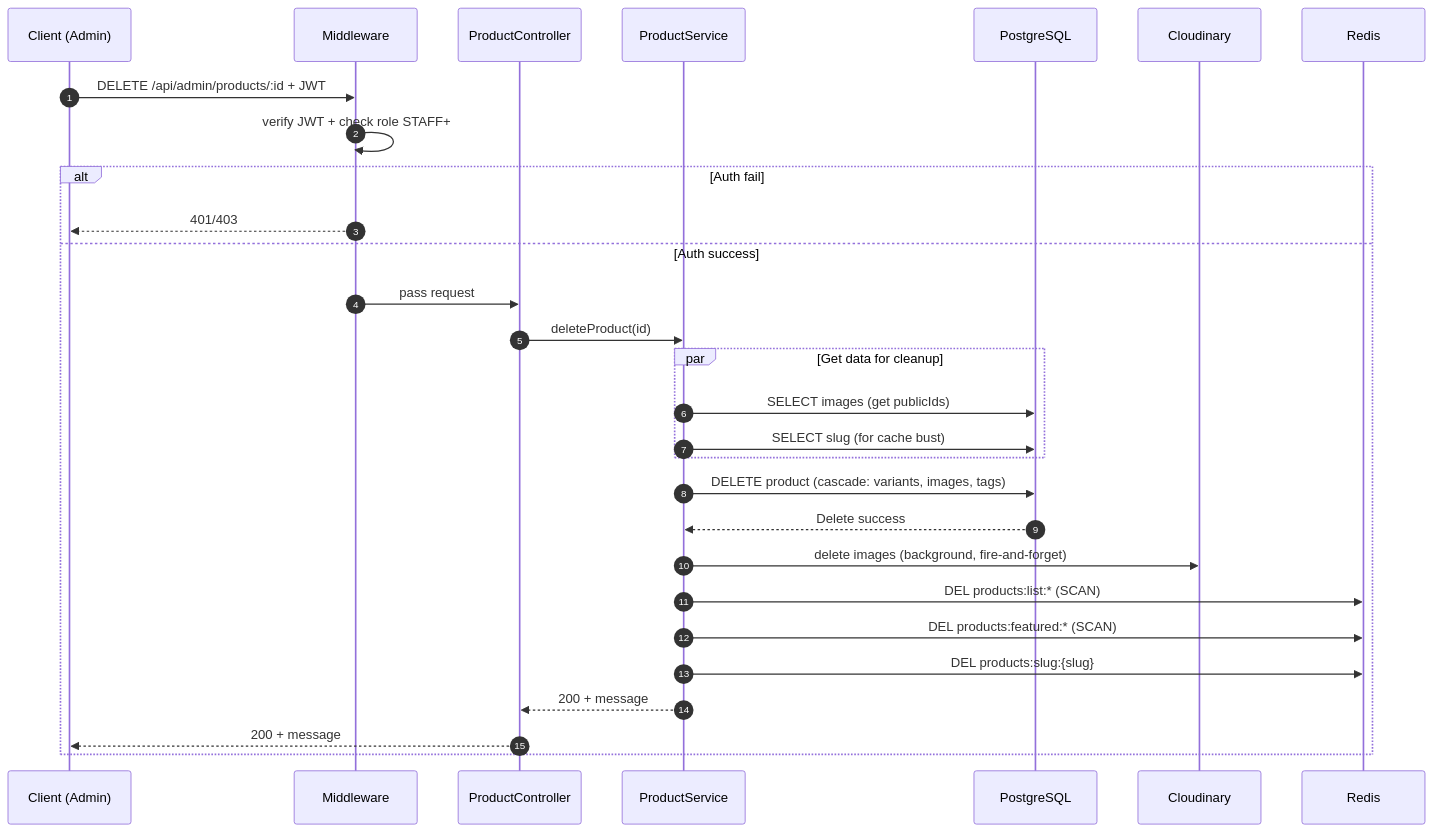
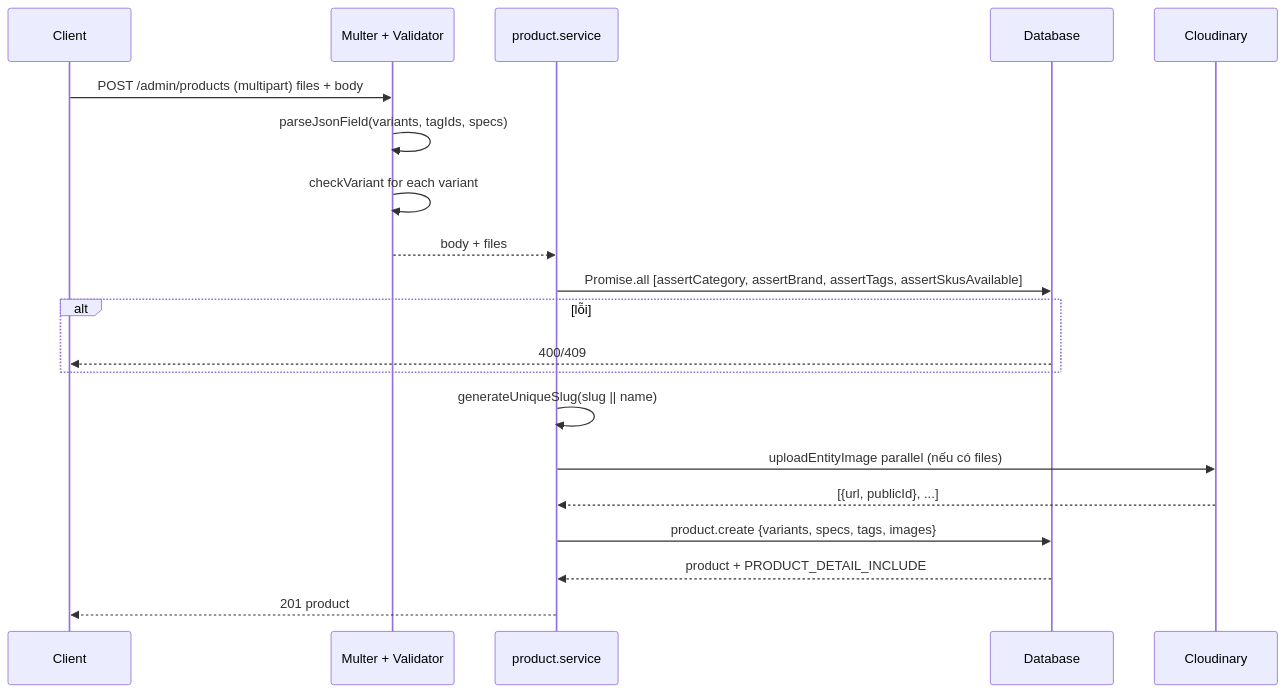
Before and after one commit to phamvinh203/mobivexa: the second of 7 diagrams in docs/Product/SequenceDiagram.md, drawn with Mermaid. The commit also changed other lines of this file and 79 other files, not shown here.

Commit message:
📜 Add documentation for Inventory and Favorite modules including Use Cases, API Specifications, and Activity Diagrams

````diff
--- a/docs/Product/SequenceDiagram.md
+++ b/docs/Product/SequenceDiagram.md
@@ -194,32 +30,24 @@
 ```mermaid
 sequenceDiagram
-    autonumber
-    participant C as Client (Admin)
-    participant M as Middleware
-    participant API as ProductController
-    participant S as ProductService
-    participant DB as PostgreSQL
-    participant CL as Cloudinary
-    participant R as Redis
+    participant C as Client
+    participant MW as Multer + Validator
+    participant S as product.service
+    participant DB as Database
+    participant CDN as Cloudinary
 
-    C->>M: DELETE /api/admin/products/:id + JWT
-    M->>M: verify JWT + check role STAFF+
-    alt Auth fail
-        M-->>C: 401/403
-    else Auth success
-        M->>API: pass request
-        API->>S: deleteProduct(id)
-        par Get data for cleanup
-            S->>DB: SELECT images (get publicIds)
-            S->>DB: SELECT slug (for cache bust)
-        end
-        S->>DB: DELETE product (cascade: variants, images, tags)
-        DB-->>S: Delete success
-        S->>CL: delete images (background, fire-and-forget)
-        S->>R: DEL products:list:* (SCAN)
-        S->>R: DEL products:featured:* (SCAN)
-        S->>R: DEL products:slug:{slug}
-        S-->>API: 200 + message
-        API-->>C: 200 + message
+    C->>MW: POST /admin/products (multipart) files + body
+    MW->>MW: parseJsonField(variants, tagIds, specs)
+    MW->>MW: checkVariant for each variant
+    MW-->>S: body + files
+
+    S->>DB: Promise.all [assertCategory, assertBrand, assertTags, assertSkusAvailable]
+    alt lỗi
+        DB-->>C: 400/409
     end
+    S->>S: generateUniqueSlug(slug || name)
+    S->>CDN: uploadEntityImage parallel (nếu có files)
+    CDN-->>S: [{url, publicId}, ...]
+    S->>DB: product.create {variants, specs, tags, images}
+    DB-->>S: product + PRODUCT_DETAIL_INCLUDE
+    S-->>C: 201 product
 ```
````
